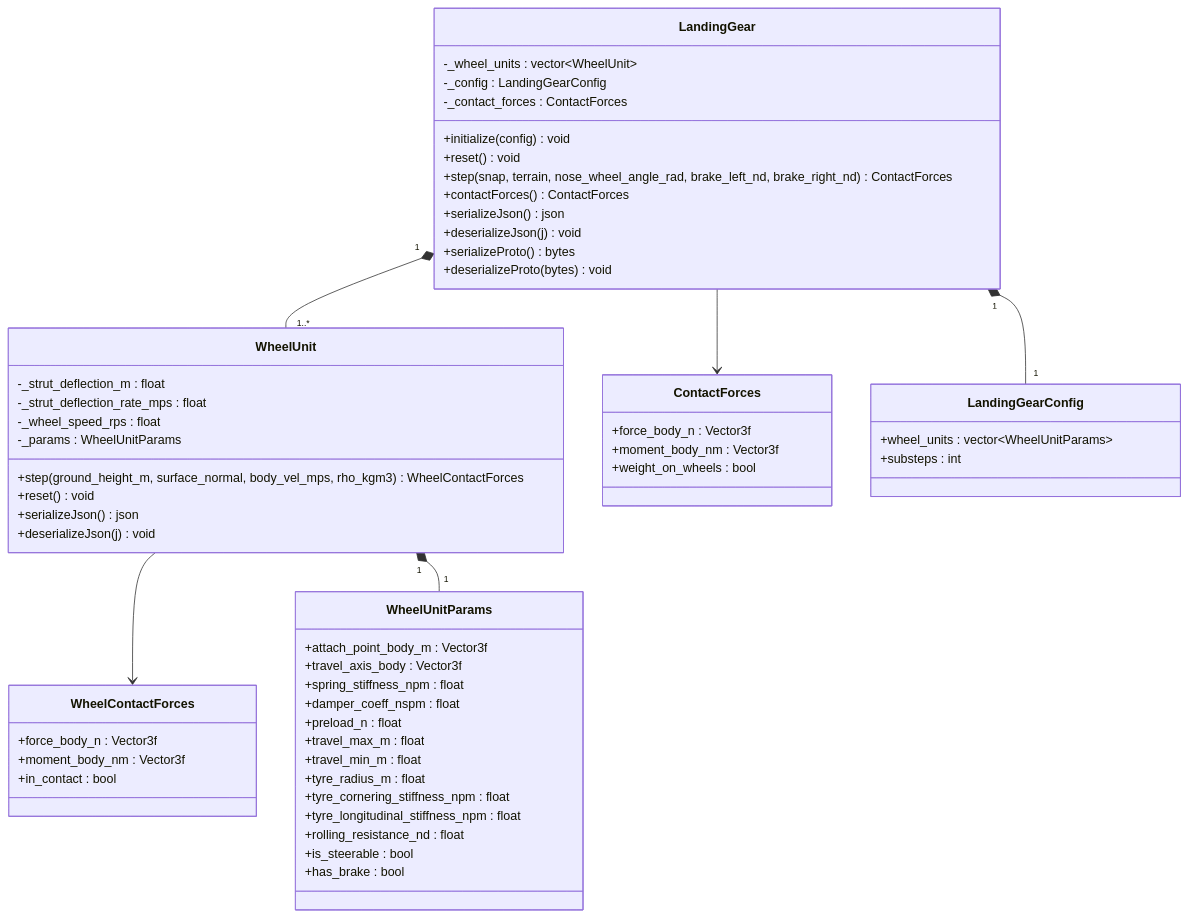
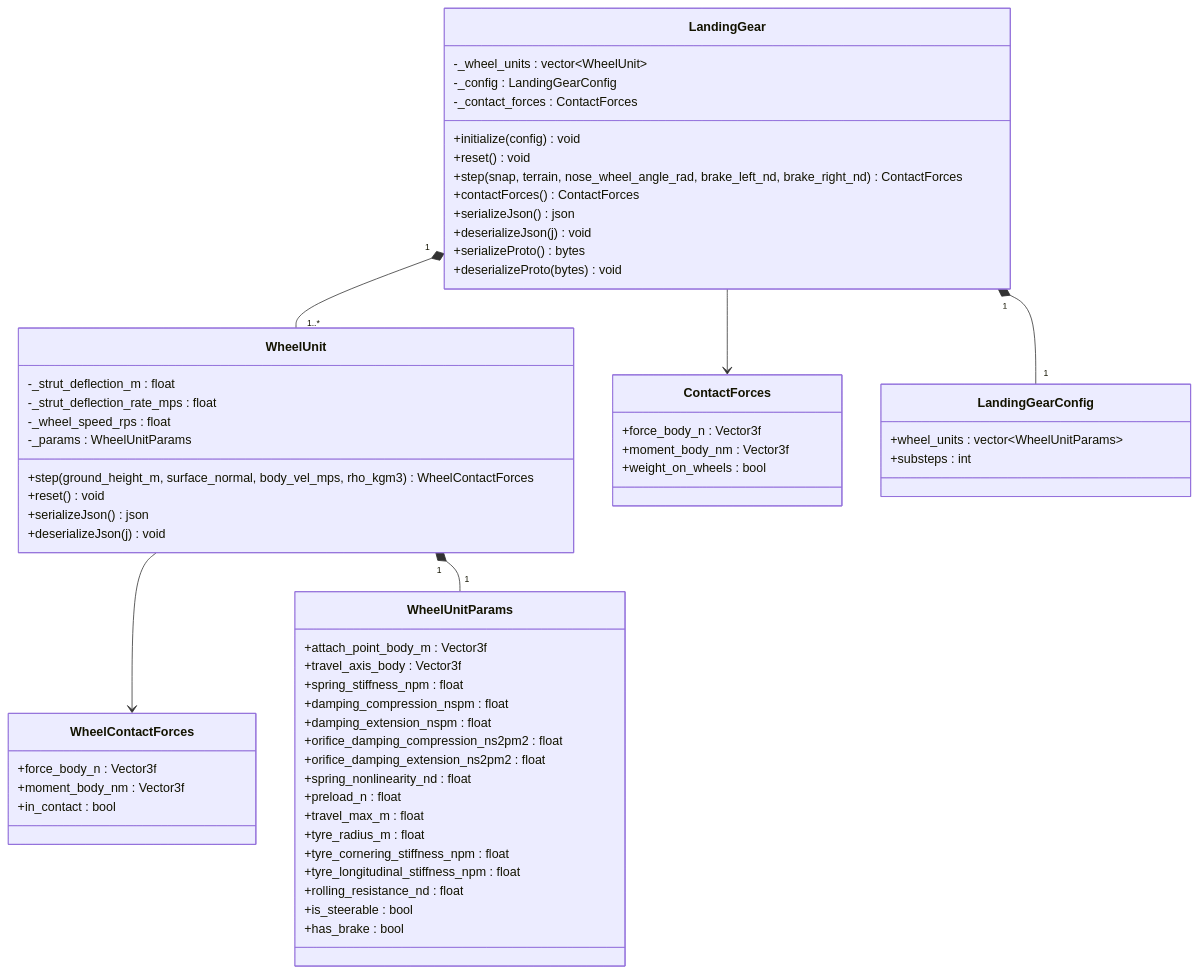
The second of 3 diagrams in docs/architecture/landing_gear.md (yJjDoAZuae/LiteAeroSim), drawn with Mermaid before and after one commit. The commit also changed other lines of this file and 12 other files, not shown here.

Commit message:
nonlinear gear spring and damping, asymmetric damping

````diff
--- a/docs/architecture/landing_gear.md
+++ b/docs/architecture/landing_gear.md
@@ -65,66 +65,69 @@
 ```mermaid
 classDiagram
     class LandingGear {
         -_wheel_units : vector~WheelUnit~
         -_config : LandingGearConfig
         -_contact_forces : ContactForces
         +initialize(config) void
         +reset() void
         +step(snap, terrain, nose_wheel_angle_rad, brake_left_nd, brake_right_nd) ContactForces
         +contactForces() ContactForces
         +serializeJson() json
         +deserializeJson(j) void
         +serializeProto() bytes
         +deserializeProto(bytes) void
     }
 
     class WheelUnit {
         -_strut_deflection_m : float
         -_strut_deflection_rate_mps : float
         -_wheel_speed_rps : float
         -_params : WheelUnitParams
         +step(ground_height_m, surface_normal, body_vel_mps, rho_kgm3) WheelContactForces
         +reset() void
         +serializeJson() json
         +deserializeJson(j) void
     }
 
     class ContactForces {
         +force_body_n : Vector3f
         +moment_body_nm : Vector3f
         +weight_on_wheels : bool
     }
 
     class WheelContactForces {
         +force_body_n : Vector3f
         +moment_body_nm : Vector3f
         +in_contact : bool
     }
 
     class LandingGearConfig {
         +wheel_units : vector~WheelUnitParams~
         +substeps : int
     }
 
     class WheelUnitParams {
         +attach_point_body_m : Vector3f
         +travel_axis_body : Vector3f
         +spring_stiffness_npm : float
-        +damper_coeff_nspm : float
+        +damping_compression_nspm : float
+        +damping_extension_nspm : float
+        +orifice_damping_compression_ns2pm2 : float
+        +orifice_damping_extension_ns2pm2 : float
+        +spring_nonlinearity_nd : float
         +preload_n : float
         +travel_max_m : float
-        +travel_min_m : float
         +tyre_radius_m : float
         +tyre_cornering_stiffness_npm : float
         +tyre_longitudinal_stiffness_npm : float
         +rolling_resistance_nd : float
         +is_steerable : bool
         +has_brake : bool
     }
 
     LandingGear "1" *-- "1..*" WheelUnit
     LandingGear "1" *-- "1" LandingGearConfig
     LandingGear --> ContactForces
     WheelUnit --> WheelContactForces
     WheelUnit "1" *-- "1" WheelUnitParams
 ```
````
